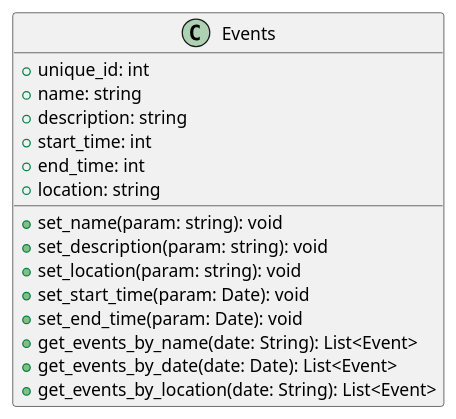
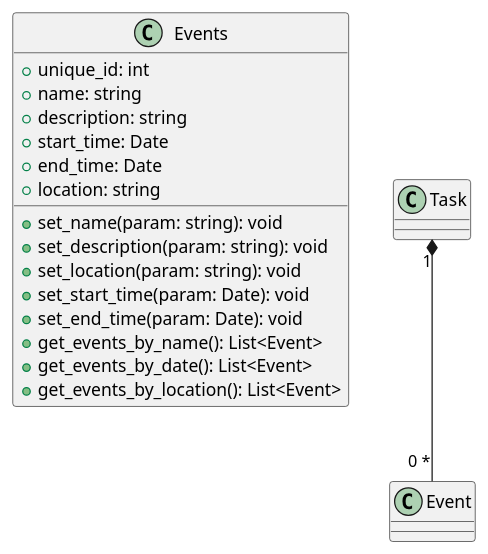
The diagram in assignment6/event.puml (CS361-2024Fall-Term/Innovators), drawn with PlantUML before and after one commit. The commit also changed 2 other files, not shown here.

Commit message:
adding plantUML and fixing a typo in Event class

```diff
--- a/assignment6/event.puml
+++ b/assignment6/event.puml
@@ -1,20 +1,22 @@
 @startuml
 
 class Events {
   +unique_id: int  
   +name: string
   +description: string
-  +start_time: int
-  +end_time: int
+  +start_time: Date
+  +end_time: Date
   +location: string
   +set_name(param: string): void
   +set_description(param: string): void
   +set_location(param: string): void
   +set_start_time(param: Date): void
   +set_end_time(param: Date): void
-  +get_events_by_name(date: String): List<Event>
-  +get_events_by_date(date: Date): List<Event>
-  +get_events_by_location(date: String): List<Event>
+  +get_events_by_name(): List<Event>
+  +get_events_by_date(): List<Event>
+  +get_events_by_location(): List<Event>
 }
 
+Task "1" *-- "0 *" Event
+
 @enduml
```
